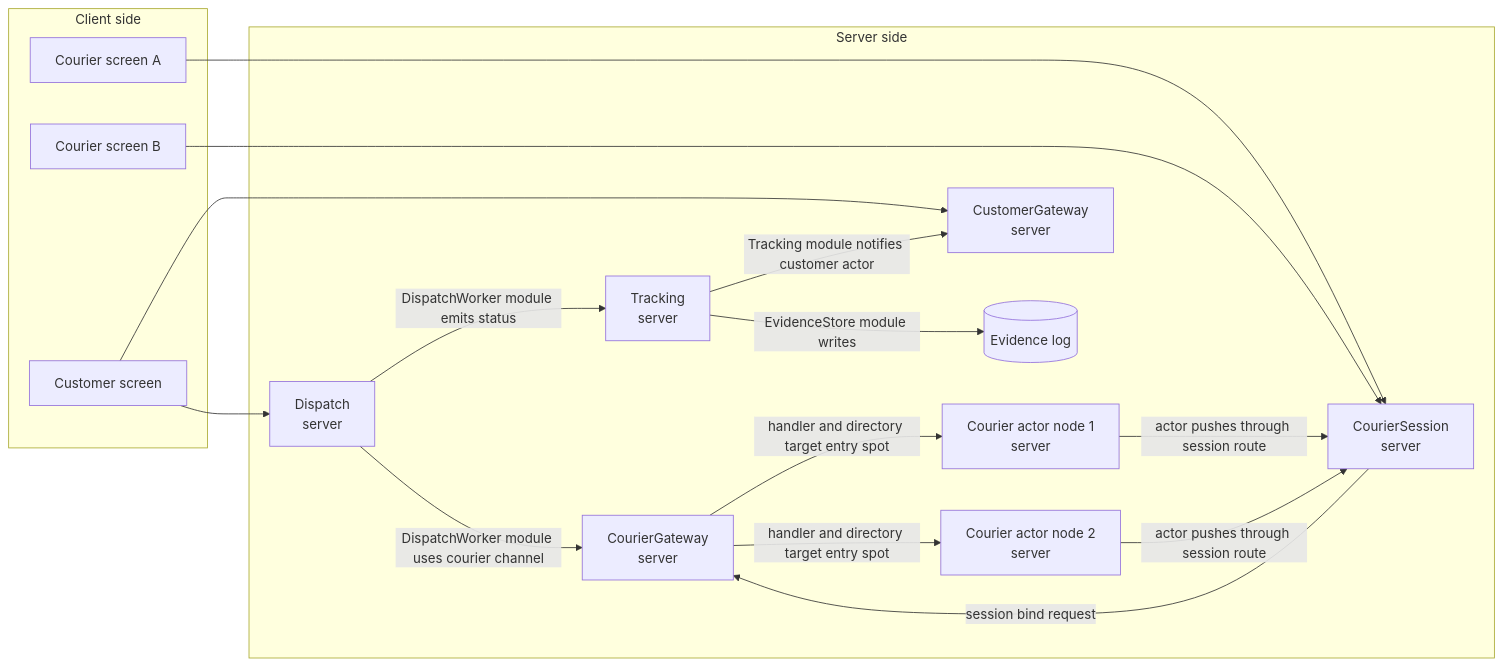
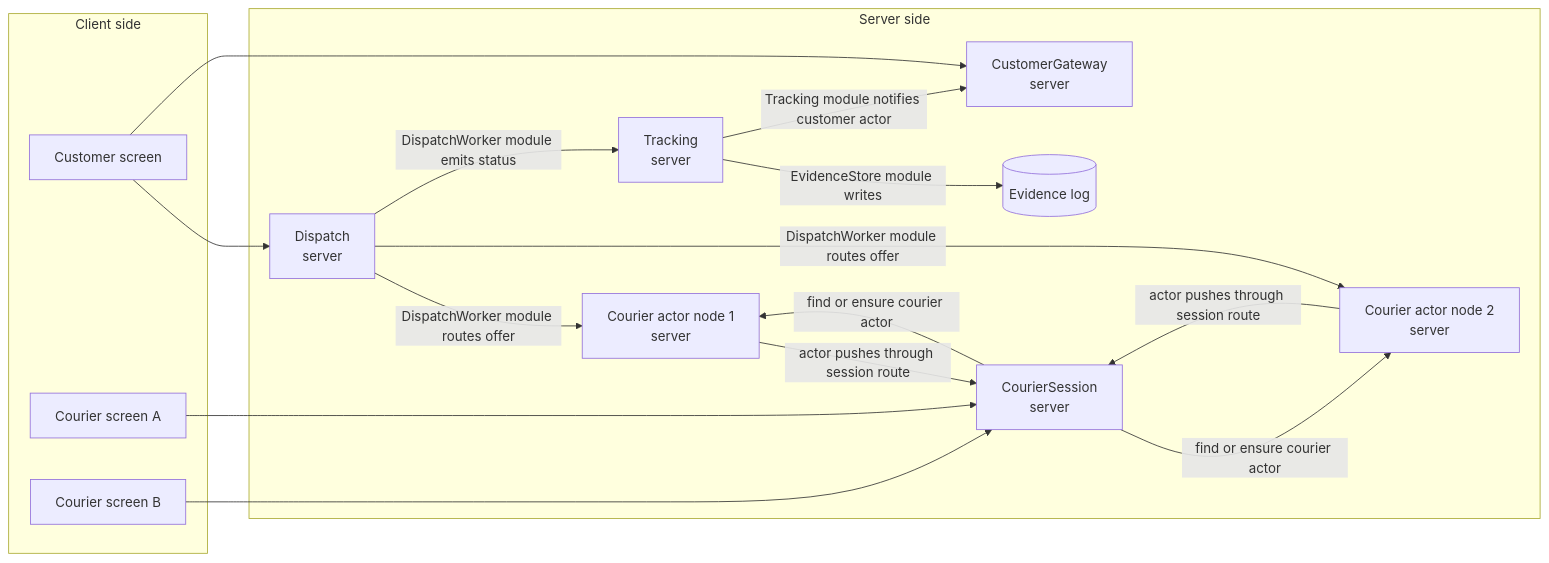
Before and after one commit to kairos-code-dev/zlink: the second of 4 diagrams in framework/languages/dotnet/samples/DeliveryDispatch/README.ko.md, drawn with Mermaid. The commit also changed other lines of this file and 124 other files, not shown here.

````diff
--- a/framework/languages/dotnet/samples/DeliveryDispatch/README.ko.md
+++ b/framework/languages/dotnet/samples/DeliveryDispatch/README.ko.md
@@ -157,36 +157,35 @@
 ```mermaid
 flowchart LR
     subgraph ClientSide[Client side]
         Customer[Customer screen]
         CourierClientA[Courier screen A]
         CourierClientB[Courier screen B]
     end
 
     subgraph ServerSide[Server side]
         DispatchServer["Dispatch<br/>server"]
-        CourierGatewayServer["CourierGateway<br/>server"]
         CourierSessionServer["CourierSession<br/>server"]
         CourierActorNodeServer1["Courier actor node 1<br/>server"]
         CourierActorNodeServer2["Courier actor node 2<br/>server"]
         CustomerGatewayServer["CustomerGateway<br/>server"]
         TrackingServer["Tracking<br/>server"]
         Evidence[(Evidence log)]
     end
 
     Customer --> DispatchServer
     Customer --> CustomerGatewayServer
     CourierClientA --> CourierSessionServer
     CourierClientB --> CourierSessionServer
 
-    DispatchServer -->|DispatchWorker module uses courier channel| CourierGatewayServer
+    DispatchServer -->|DispatchWorker module routes offer| CourierActorNodeServer1
+    DispatchServer -->|DispatchWorker module routes offer| CourierActorNodeServer2
     DispatchServer -->|DispatchWorker module emits status| TrackingServer
 
-    CourierGatewayServer -->|handler and directory target entry spot| CourierActorNodeServer1
-    CourierGatewayServer -->|handler and directory target entry spot| CourierActorNodeServer2
-    CourierSessionServer -->|session bind request| CourierGatewayServer
+    CourierSessionServer -->|find or ensure courier actor| CourierActorNodeServer1
+    CourierSessionServer -->|find or ensure courier actor| CourierActorNodeServer2
     CourierActorNodeServer1 -->|actor pushes through session route| CourierSessionServer
     CourierActorNodeServer2 -->|actor pushes through session route| CourierSessionServer
 
     TrackingServer -->|EvidenceStore module writes| Evidence
     TrackingServer -->|Tracking module notifies customer actor| CustomerGatewayServer
 ```
````
